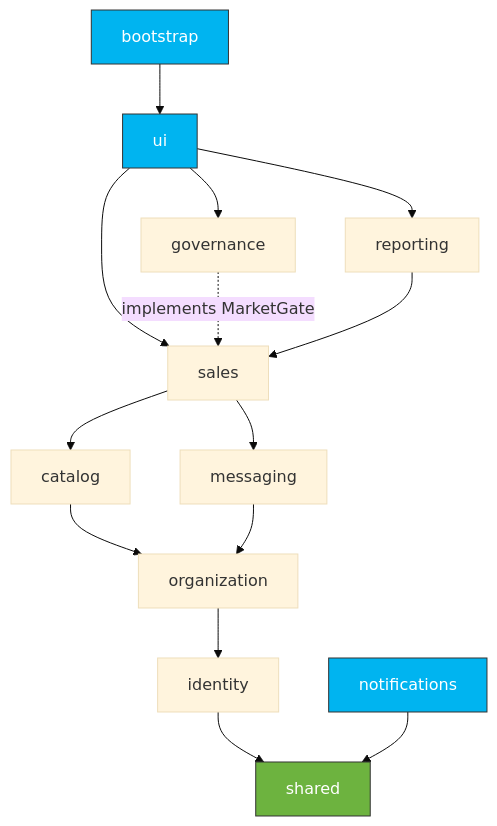
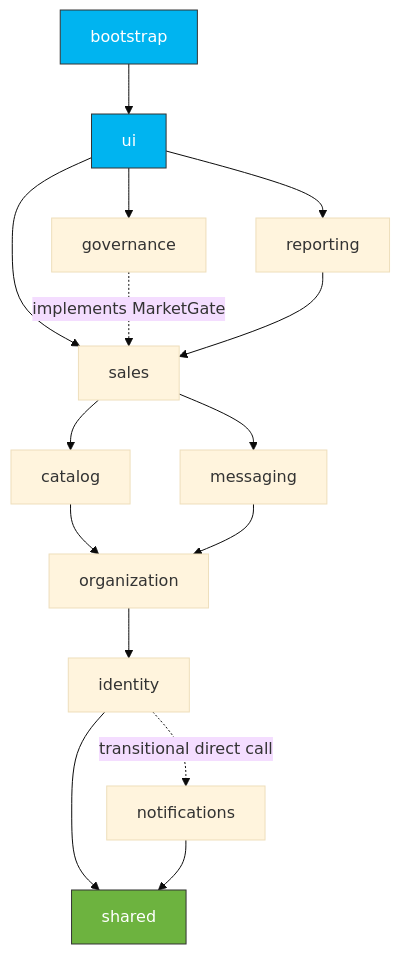
The diagram in README.md (NaimElijah/Ticketeer), drawn with Mermaid (base theme) before and after one commit. The commit also changed other lines of this file and 128 other files, not shown here.

````diff
--- a/README.md
+++ b/README.md
@@ -77,21 +82,22 @@
 ```mermaid
 flowchart TD
     bootstrap --> ui
     ui --> sales
     ui --> reporting
     ui --> governance
     governance -.->|implements MarketGate| sales
     reporting --> sales
     sales --> catalog
     sales --> messaging
     catalog --> organization
     messaging --> organization
     organization --> identity
     identity --> shared
+    identity -.->|transitional direct call| notifications
     notifications --> shared
 
     classDef kernel fill:#6DB33F,stroke:#333,color:#fff;
     classDef sink fill:#00B4F0,stroke:#333,color:#fff;
     class shared kernel;
-    class ui,bootstrap,notifications sink;
+    class ui,bootstrap sink;
 ```
````
